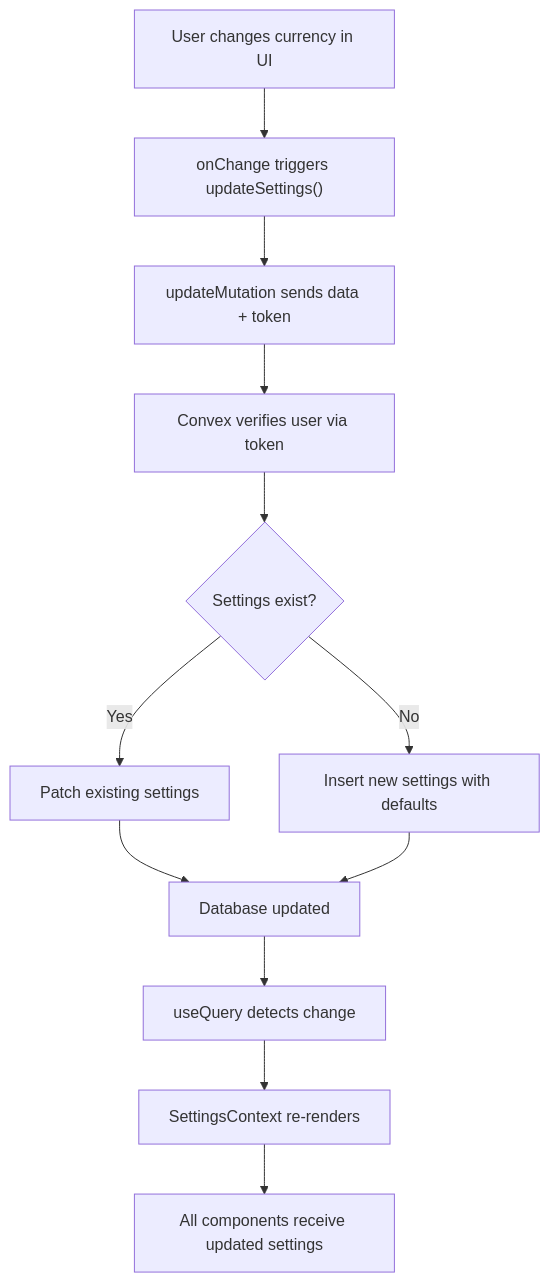
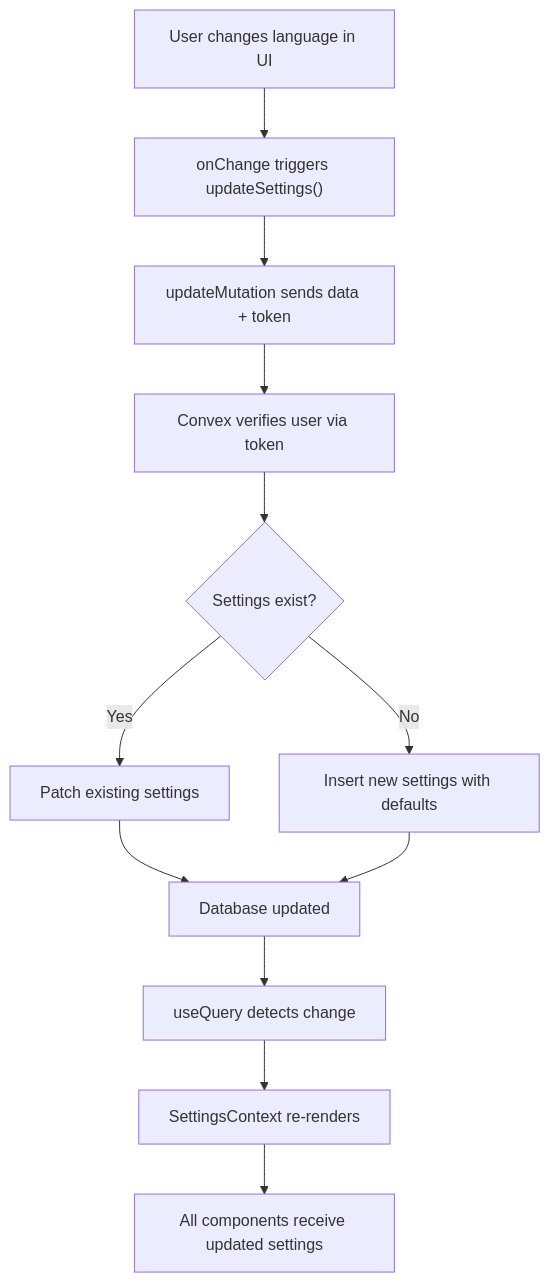
Before and after one commit to amiirbazzii/Expense-Tracker---Warp: the third of 4 diagrams in .qoder/repowiki/en/content/Feature-Specific Documentation/Settings Management.md, drawn with Mermaid. The commit also changed other lines of this file and 16 other files, not shown here.

````diff
--- a/.qoder/repowiki/en/content/Feature-Specific Documentation/Settings Management.md
+++ b/.qoder/repowiki/en/content/Feature-Specific Documentation/Settings Management.md
@@ -119,14 +130,14 @@
 ```mermaid
 flowchart TD
-A["User changes currency in UI"] --> B["onChange triggers updateSettings()"]
+A["User changes language in UI"] --> B["onChange triggers updateSettings()"]
 B --> C["updateMutation sends data + token"]
 C --> D["Convex verifies user via token"]
 D --> E{"Settings exist?"}
 E --> |Yes| F["Patch existing settings"]
 E --> |No| G["Insert new settings with defaults"]
 F --> H["Database updated"]
 G --> H
 H --> I["useQuery detects change"]
 I --> J["SettingsContext re-renders"]
 J --> K["All components receive updated settings"]
 ```
````
